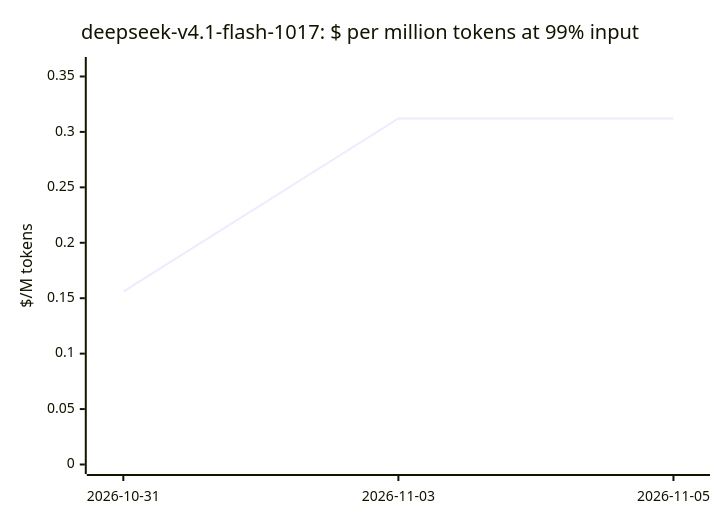
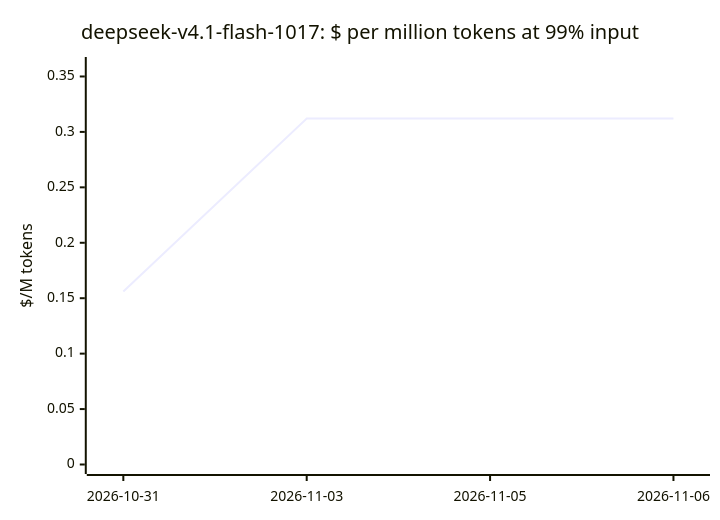
Before and after one commit to cklukas/OMEGA_TRANSFORM: the sixth of 20 diagrams in docs/openrouter-models.md, drawn with Mermaid. The commit also changed other lines of this file and 103 other files, not shown here.

````diff
--- a/docs/openrouter-models.md
+++ b/docs/openrouter-models.md
@@ -187,7 +186,7 @@
 ```mermaid
 xychart-beta
     title "deepseek-v4.1-flash-1017: $ per million tokens at 99% input"
-    x-axis ["2026-10-31", "2026-11-03", "2026-11-05"]
+    x-axis ["2026-10-31", "2026-11-03", "2026-11-05", "2026-11-06"]
     y-axis "$/M tokens" 0 --> 0.359
-    line [0.156, 0.3121, 0.3121]
+    line [0.156, 0.312, 0.312, 0.312]
 ```
````
